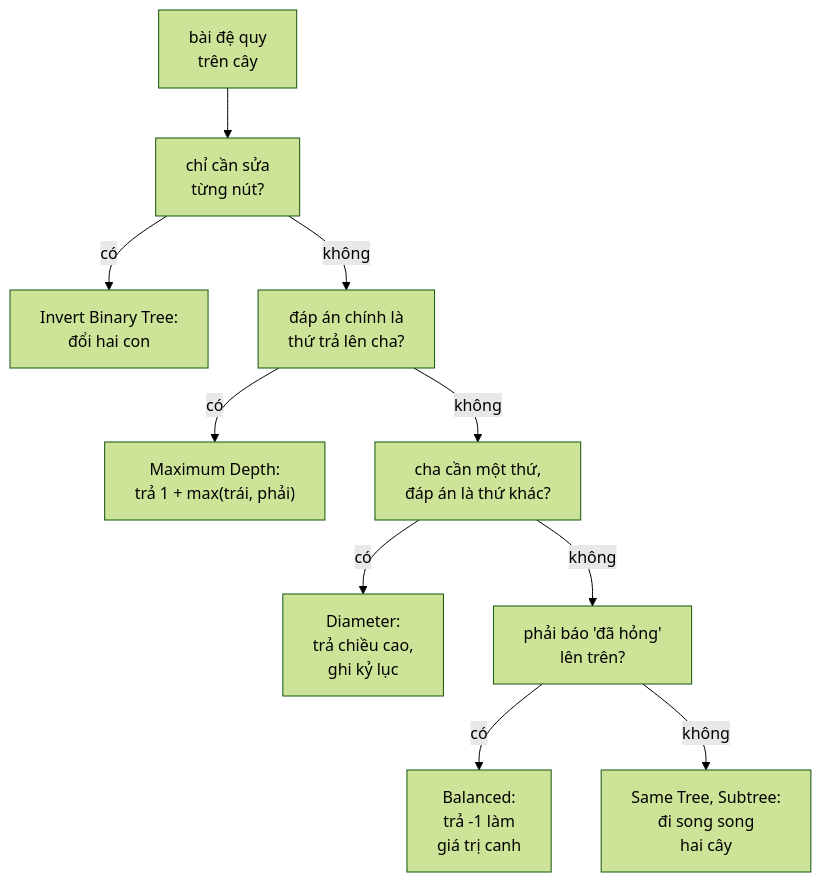
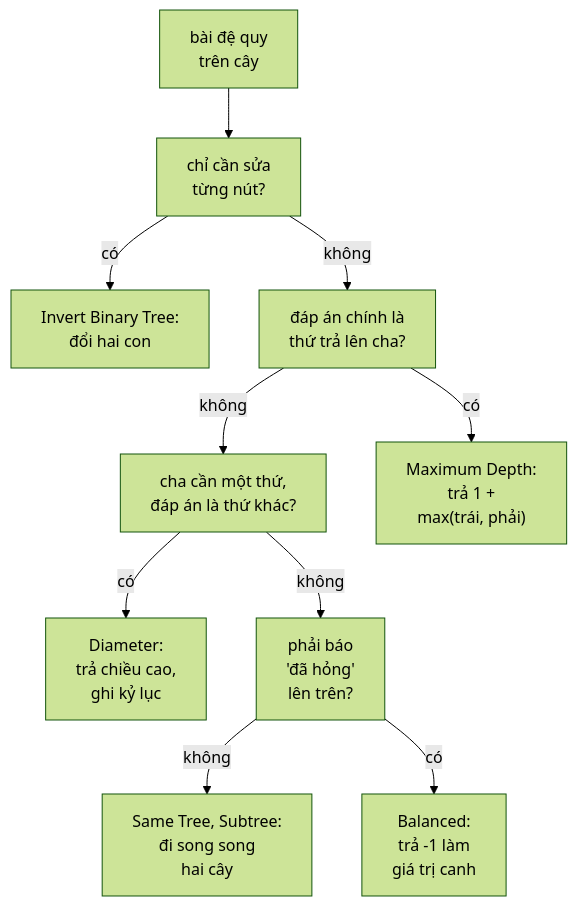
One commit to duongbui234/software-engineering-atlas changed the diagram in content/posts/2026-11-25-neetcode-tree-recursion.md. Above: the diagram before and after it, drawn with Mermaid (forest theme). The commit also changed 134 other files, not shown here.

First line of the commit message:
Fit every Mermaid diagram at 390px without sideways scroll (#56)

````diff
--- a/content/posts/2026-11-25-neetcode-tree-recursion.md
+++ b/content/posts/2026-11-25-neetcode-tree-recursion.md
@@ -57,12 +57,12 @@
 ```mermaid
 flowchart TB
   A["bài đệ quy<br/>trên cây"] --> B["chỉ cần sửa<br/>từng nút?"]
   B -->|"có"| C["Invert Binary Tree:<br/>đổi hai con"]
   B -->|"không"| D["đáp án chính là<br/>thứ trả lên cha?"]
-  D -->|"có"| E["Maximum Depth:<br/>trả 1 + max(trái, phải)"]
   D -->|"không"| F["cha cần một thứ,<br/>đáp án là thứ khác?"]
+  D -->|"có"| E["Maximum Depth:<br/>trả 1 +<br/>max(trái, phải)"]
   F -->|"có"| G["Diameter:<br/>trả chiều cao,<br/>ghi kỷ lục"]
-  F -->|"không"| H["phải báo 'đã hỏng'<br/>lên trên?"]
+  F -->|"không"| H["phải báo<br/>'đã hỏng'<br/>lên trên?"]
+  H -->|"không"| J["Same Tree, Subtree:<br/>đi song song<br/>hai cây"]
   H -->|"có"| I["Balanced:<br/>trả -1 làm<br/>giá trị canh"]
-  H -->|"không"| J["Same Tree, Subtree:<br/>đi song song<br/>hai cây"]
 ```
````
